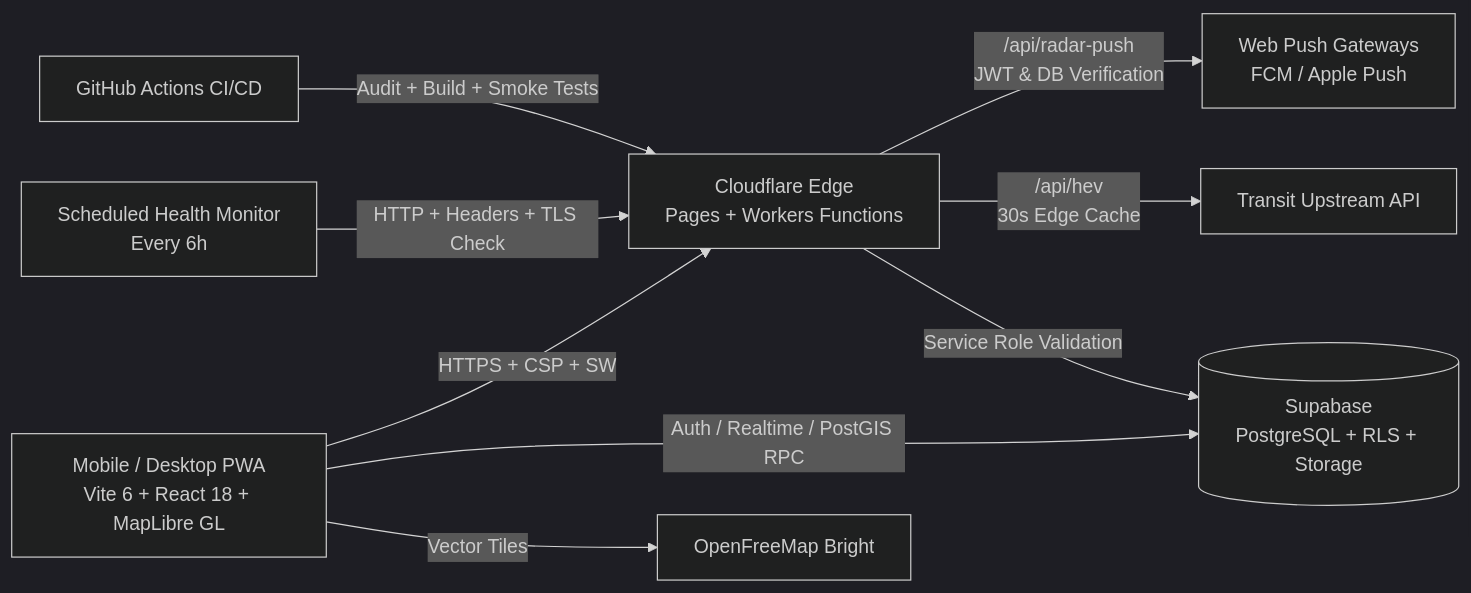
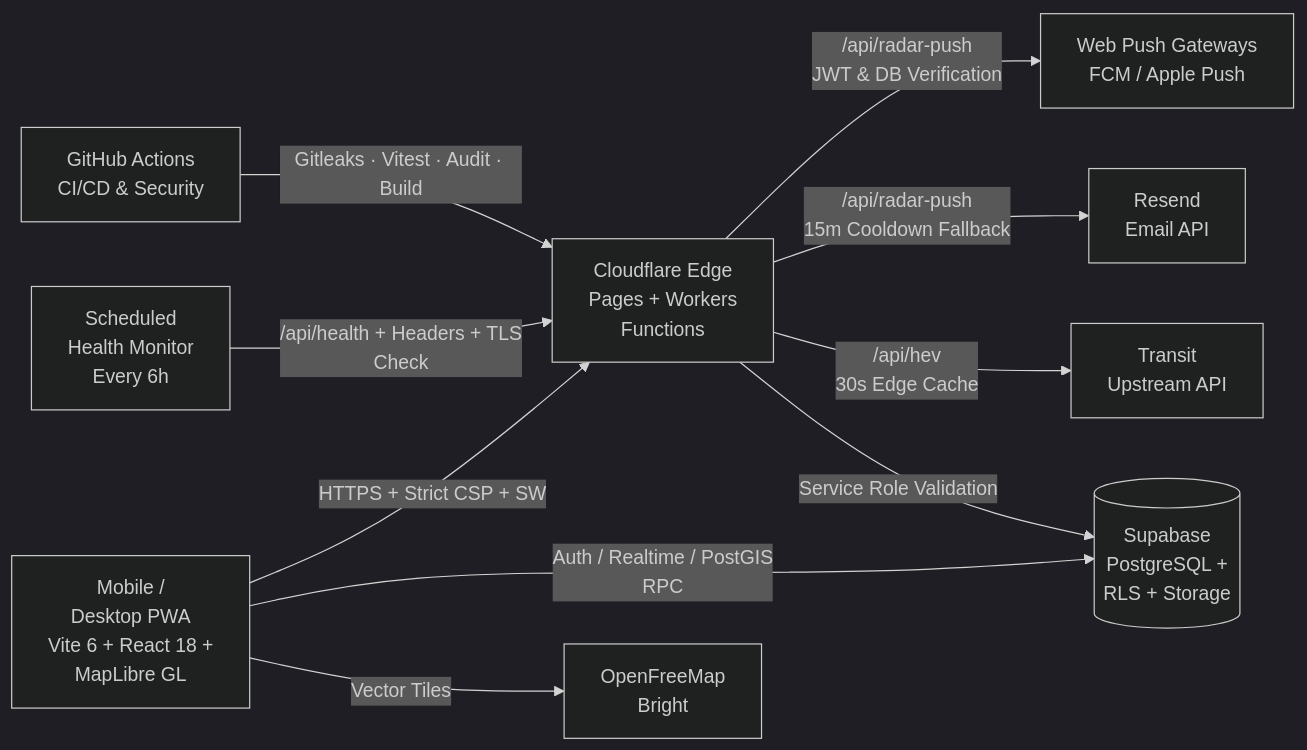
One commit to Markosz008/kalaka changed the diagram in README.md. Above: the diagram before and after it, drawn with Mermaid (dark theme). The commit also changed other lines of this file, not shown here.

Commit message:
docs: refresh README and extend architecture diagram with Gitleaks, /api/health, and Resend

````diff
--- a/README.md
+++ b/README.md
@@ -14,11 +13,12 @@
-~~~mermaid
+```mermaid
 flowchart LR
-    U[Mobile / Desktop PWA<br/>Vite 6 + React 18 + MapLibre GL] -->|HTTPS + CSP + SW| CF[Cloudflare Edge<br/>Pages + Workers Functions]
-    CF -->|/api/radar-push<br/>JWT & DB Verification| WP[Web Push Gateways<br/>FCM / Apple Push]
-    CF -->|/api/hev<br/>30s Edge Cache| EXT[Transit Upstream API]
-    U -->|Auth / Realtime / PostGIS RPC| SB[(Supabase<br/>PostgreSQL + RLS + Storage)]
-    CF -->|Service Role Validation| SB
-    U -->|Vector Tiles| MAP[OpenFreeMap Bright]
-    GHA[GitHub Actions CI/CD] -->|Audit + Build + Smoke Tests| CF
-    MON[Scheduled Health Monitor<br/>Every 6h] -->|HTTP + Headers + TLS Check| CF
-~~~
+    CI["GitHub Actions<br/>CI/CD & Security"] -->|"Gitleaks · Vitest · Audit · Build"| CF["Cloudflare Edge<br/>Pages + Workers<br/>Functions"]
+    MON["Scheduled<br/>Health Monitor<br/>Every 6h"] -->|"/api/health + Headers + TLS<br/>Check"| CF
+    PWA["Mobile /<br/>Desktop PWA<br/>Vite 6 + React 18 +<br/>MapLibre GL"] -->|"HTTPS + Strict CSP + SW"| CF
+    PWA -->|"Auth / Realtime / PostGIS<br/>RPC"| SB[("Supabase<br/>PostgreSQL +<br/>RLS + Storage")]
+    PWA -->|"Vector Tiles"| OFM["OpenFreeMap<br/>Bright"]
+    CF -->|"/api/radar-push<br/>JWT & DB Verification"| WP["Web Push Gateways<br/>FCM / Apple Push"]
+    CF -->|"/api/radar-push<br/>15m Cooldown Fallback"| RS["Resend<br/>Email API"]
+    CF -->|"/api/hev<br/>30s Edge Cache"| BKK["Transit<br/>Upstream API"]
+    CF -->|"Service Role Validation"| SB
+```
````
